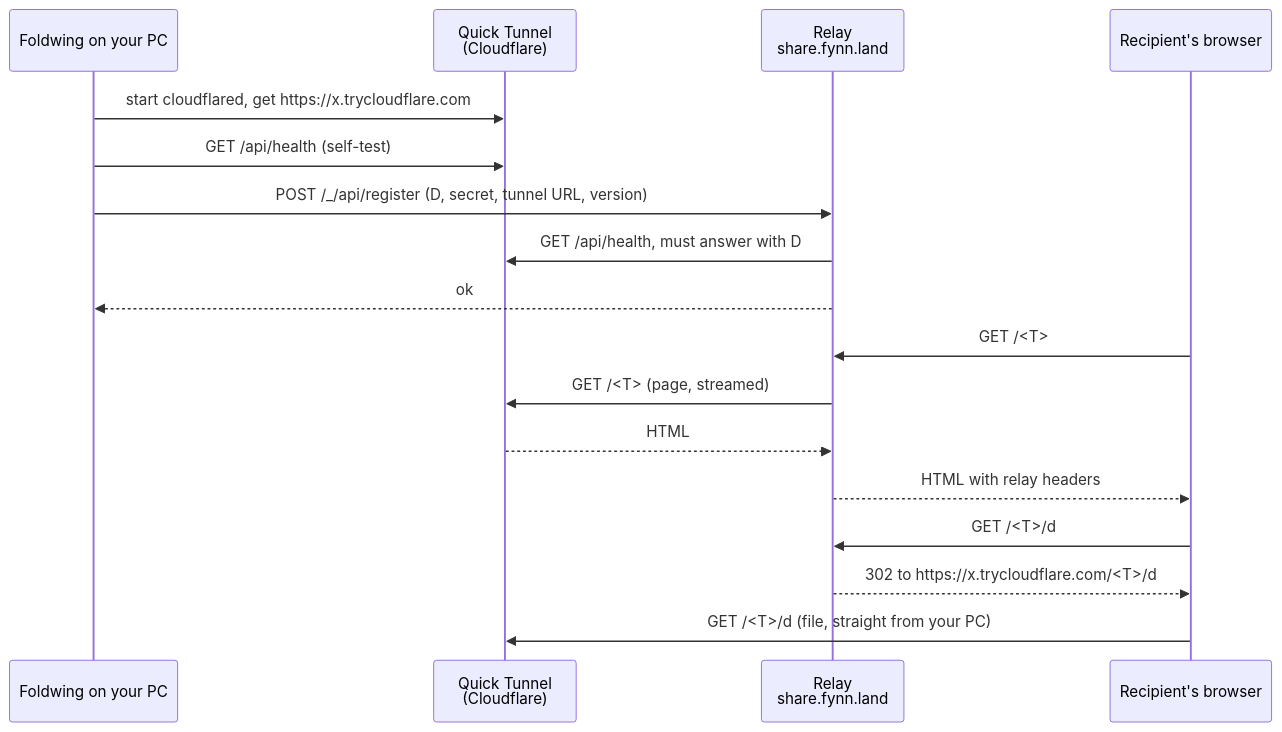
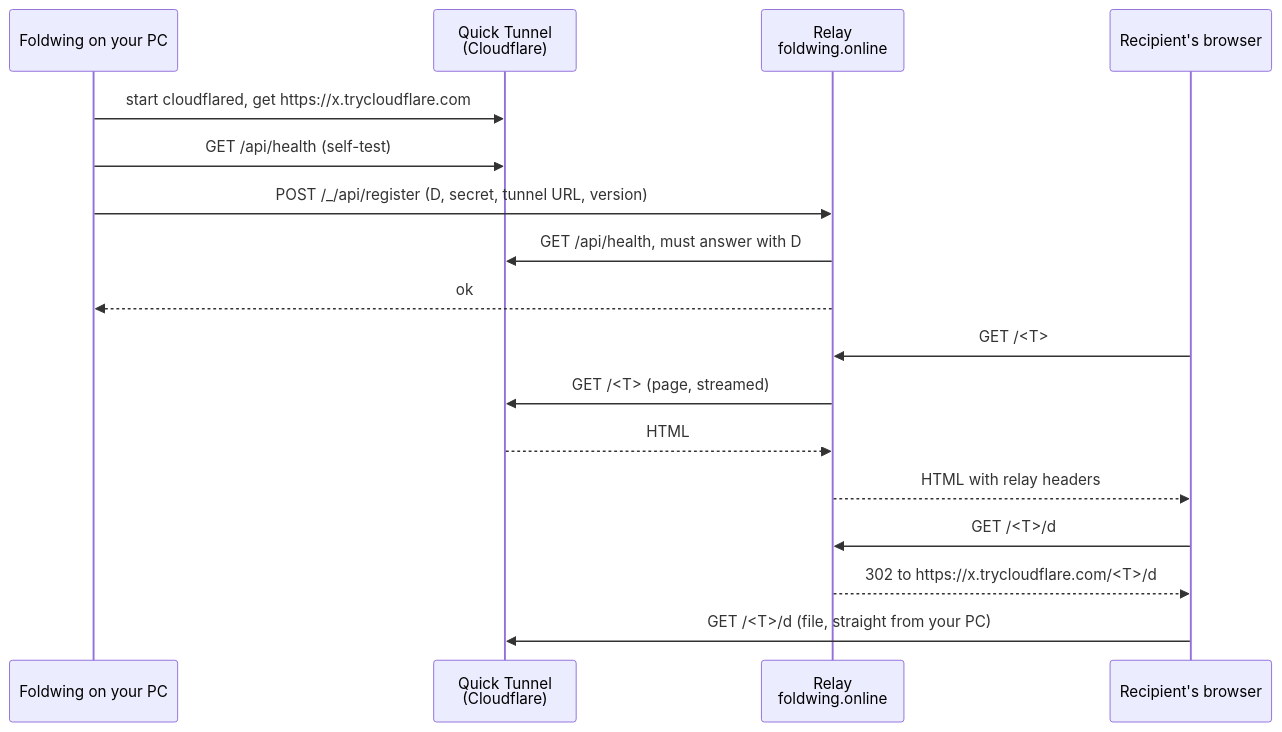
The diagram in docs/relay.md (FynnXland/foldwing), drawn with Mermaid before and after one commit. The commit also changed other lines of this file and 36 other files, not shown here.

First line of the commit message:
Foldwing 1.4.1: Relay auf foldwing.online, Moderations-Einstieg Admin

````diff
--- a/docs/relay.md
+++ b/docs/relay.md
@@ -26,19 +27,19 @@
 ```mermaid
 sequenceDiagram
     participant App as Foldwing on your PC
     participant QT as Quick Tunnel<br/>(Cloudflare)
-    participant R as Relay<br/>share.fynn.land
+    participant R as Relay<br/>foldwing.online
     participant B as Recipient's browser
     App->>QT: start cloudflared, get https://x.trycloudflare.com
     App->>QT: GET /api/health (self-test)
     App->>R: POST /_/api/register (D, secret, tunnel URL, version)
     R->>QT: GET /api/health, must answer with D
     R-->>App: ok
     B->>R: GET /<T>
     R->>QT: GET /<T> (page, streamed)
     QT-->>R: HTML
     R-->>B: HTML with relay headers
     B->>R: GET /<T>/d
     R-->>B: 302 to https://x.trycloudflare.com/<T>/d
     B->>QT: GET /<T>/d (file, straight from your PC)
 ```
````
